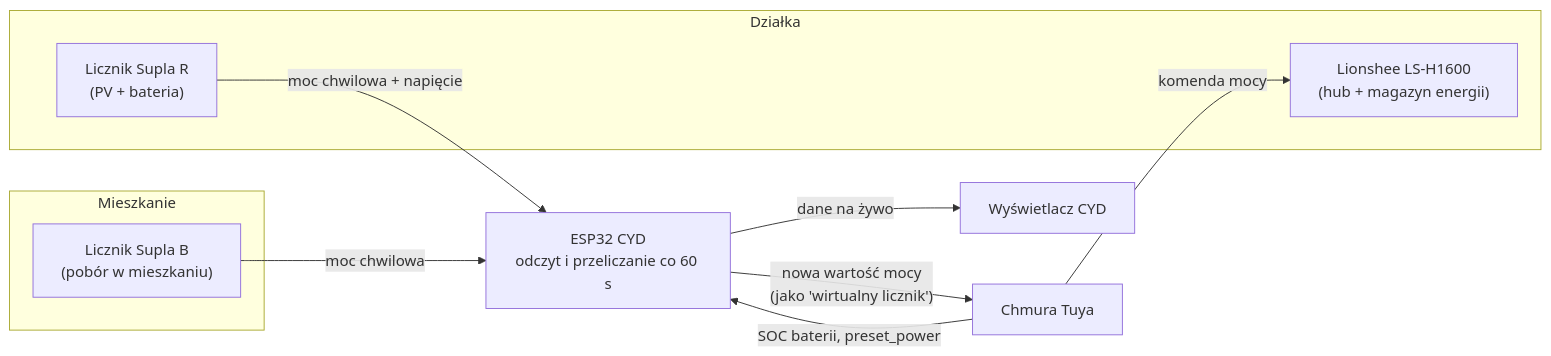
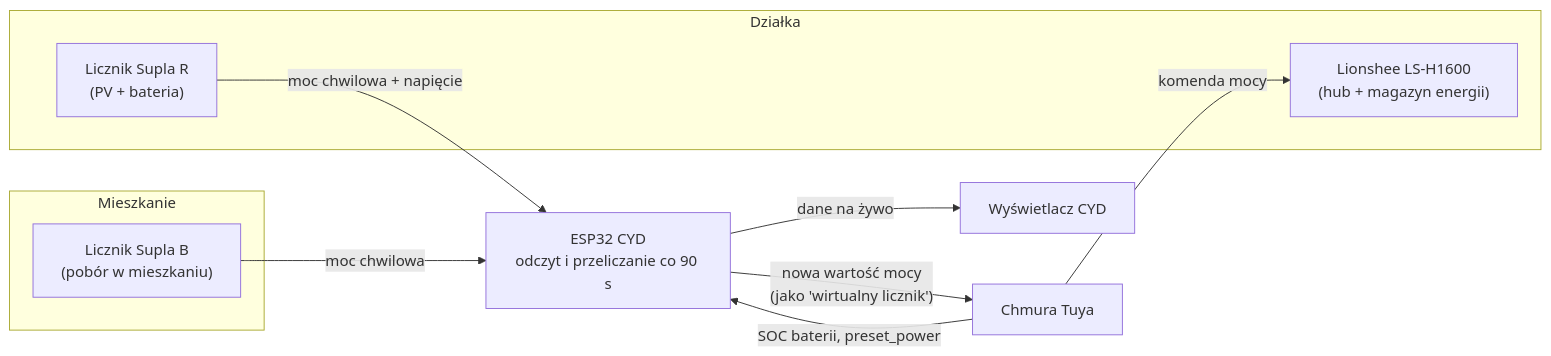
One commit to gibzwein/LionShee_LS-H1600_controller changed the diagram in README.md. Above: the diagram before and after it, drawn with Mermaid.

````diff
--- a/README.md
+++ b/README.md
@@ -19,22 +19,22 @@
 ```mermaid
 flowchart LR
     subgraph Mieszkanie
         M["Licznik Supla B<br/>(pobór w mieszkaniu)"]
     end
 
     subgraph Dzialka["Działka"]
         R["Licznik Supla R<br/>(PV + bateria)"]
         LS["Lionshee LS-H1600<br/>(hub + magazyn energii)"]
     end
 
-    ESP["ESP32 CYD<br/>odczyt i przeliczanie co 60 s"]
+    ESP["ESP32 CYD<br/>odczyt i przeliczanie co 90 s"]
     Tuya["Chmura Tuya"]
     Ekran["Wyświetlacz CYD"]
 
     M -- "moc chwilowa" --> ESP
     R -- "moc chwilowa + napięcie" --> ESP
     Tuya -- "SOC baterii, preset_power" --> ESP
     ESP -- "nowa wartość mocy<br/>(jako 'wirtualny licznik')" --> Tuya
     Tuya -- "komenda mocy" --> LS
     ESP -- "dane na żywo" --> Ekran
 ```
````
